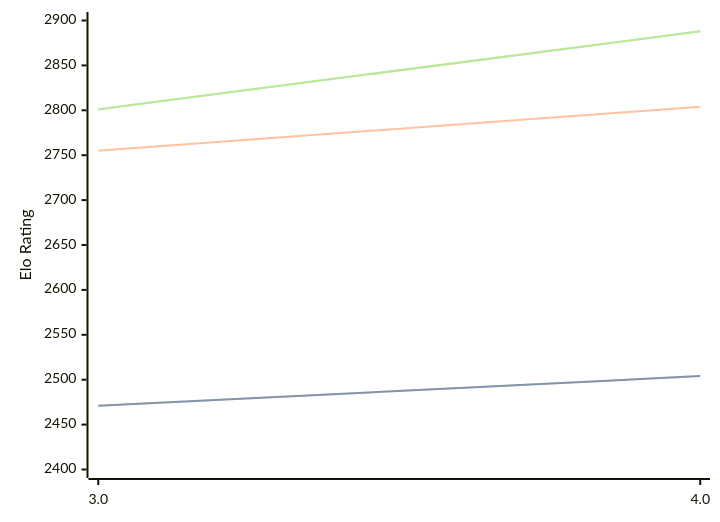
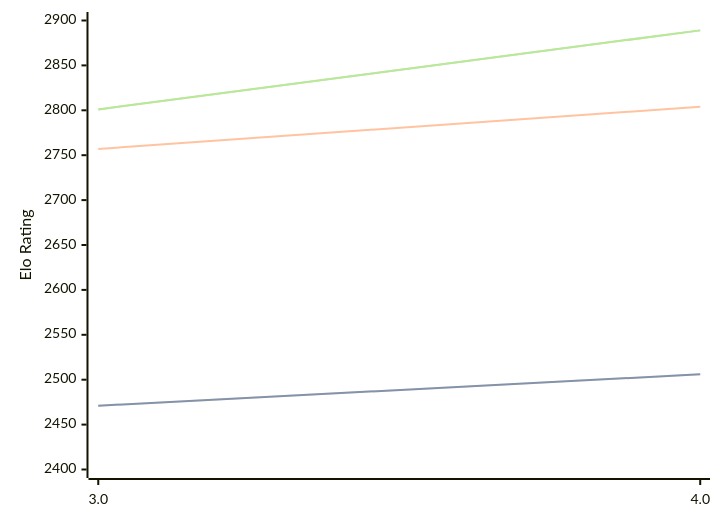
The diagram in engines/Chess3.md (computer-chess-index/cci), drawn with Mermaid before and after one commit. The commit also changed other lines of this file, not shown here.

Commit message:
Update CCI Ratings (ELO VLTC) - 2026-09-09

````diff
--- a/engines/Chess3.md
+++ b/engines/Chess3.md
@@ -32,11 +32,11 @@
 ```mermaid
 %%{init: {"theme":"base","themeVariables":{"seriesColors:['#a3a3a3','#222221','#faa371']}}}%%
 xychart-beta
   x-axis ["3.0", "4.0"]
   y-axis "Elo Rating" 2400 --> 2900
-  line "" [2471, 2504]
-  line "STC (8.0+0.08s)" [2471, 2504]
-  line "LTC (60.0+0.60s)" [2755, 2804]
-  line "" [2801, 2888]
-  line "VLTC (2m24s+1.12s)" [2801, 2888]
+  line "" [2471, 2506]
+  line "STC (8.0+0.08s)" [2471, 2506]
+  line "LTC (60.0+0.60s)" [2757, 2804]
+  line "" [2801, 2889]
+  line "VLTC (2m24s+1.12s)" [2801, 2889]
 ```
````
